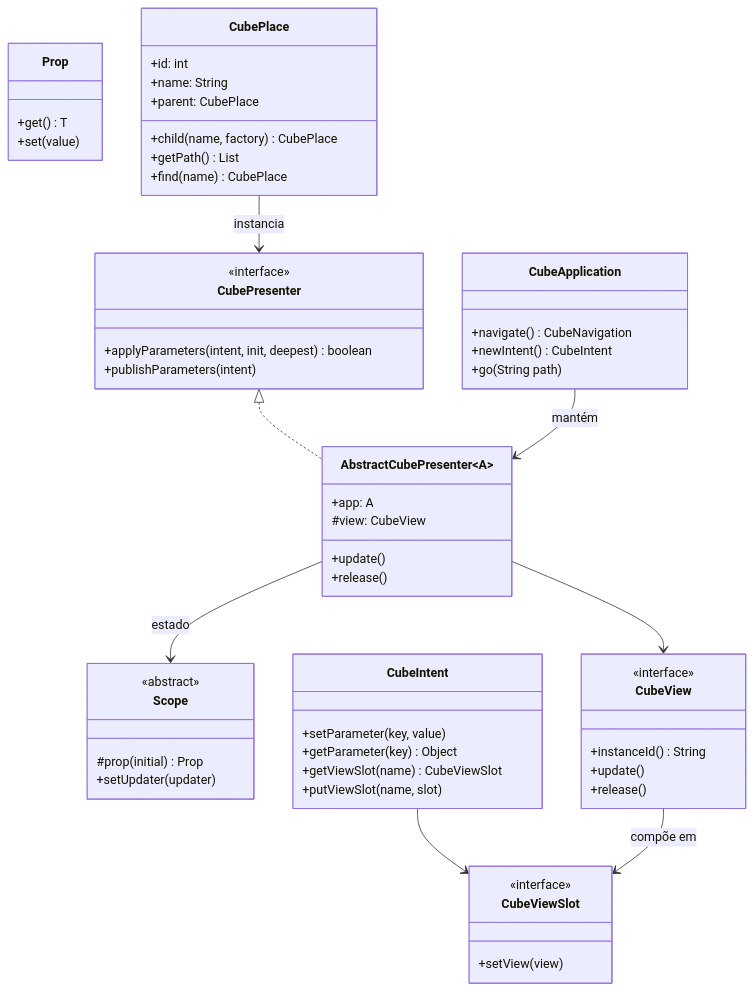
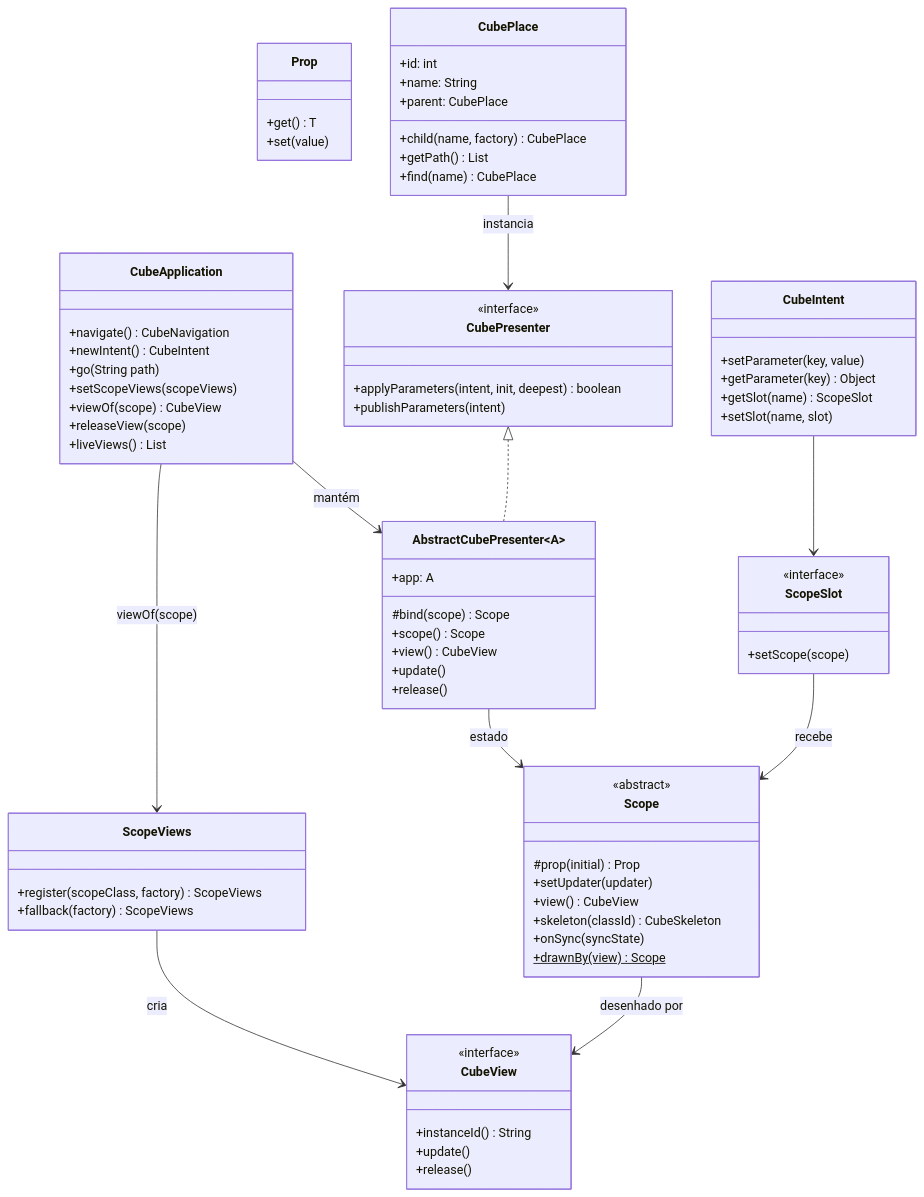
One commit to mrcdom/wdc-cube-java-v2 changed the third of 4 diagrams in docs/cube-mvp-arquitetura-multiplataforma.md. Above: the diagram before and after it, drawn with Mermaid. The commit also changed other lines of this file and 64 other files, not shown here.

````diff
--- a/docs/cube-mvp-arquitetura-multiplataforma.md
+++ b/docs/cube-mvp-arquitetura-multiplataforma.md
@@ -368,6 +366,10 @@
         +navigate() CubeNavigation
         +newIntent() CubeIntent
         +go(String path)
+        +setScopeViews(scopeViews)
+        +viewOf(scope) CubeView
+        +releaseView(scope)
+        +liveViews() List
     }
 
     class CubePresenter {
@@ -378,7 +380,9 @@
 
     class AbstractCubePresenter~A~ {
         +app: A
-        #view: CubeView
+        #bind(scope) Scope
+        +scope() Scope
+        +view() CubeView
         +update()
         +release()
     }
@@ -387,6 +391,15 @@
         <<abstract>>
         #prop(initial) Prop
         +setUpdater(updater)
+        +view() CubeView
+        +skeleton(classId) CubeSkeleton
+        +onSync(syncState)
+        +drawnBy(view)$ Scope
+    }
+
+    class ScopeViews {
+        +register(scopeClass, factory) ScopeViews
+        +fallback(factory) ScopeViews
     }
 
     class Prop {
@@ -401,9 +414,9 @@
         +release()
     }
 
-    class CubeViewSlot {
+    class ScopeSlot {
         <<interface>>
-        +setView(view)
+        +setScope(scope)
     }
 
     class CubePlace {
@@ -418,15 +431,17 @@
     class CubeIntent {
         +setParameter(key, value)
         +getParameter(key) Object
-        +getViewSlot(name) CubeViewSlot
-        +putViewSlot(name, slot)
+        +getSlot(name) ScopeSlot
+        +setSlot(name, slot)
     }
 
     CubePresenter <|.. AbstractCubePresenter
-    AbstractCubePresenter --> CubeView
     AbstractCubePresenter --> Scope : estado
+    Scope --> CubeView : desenhado por
     CubePlace --> CubePresenter : instancia
-    CubeIntent --> CubeViewSlot
-    CubeView --> CubeViewSlot : compõe em
+    CubeIntent --> ScopeSlot
+    ScopeSlot --> Scope : recebe
     CubeApplication --> AbstractCubePresenter : mantém
+    CubeApplication --> ScopeViews : viewOf(scope)
+    ScopeViews --> CubeView : cria
 ```
````
